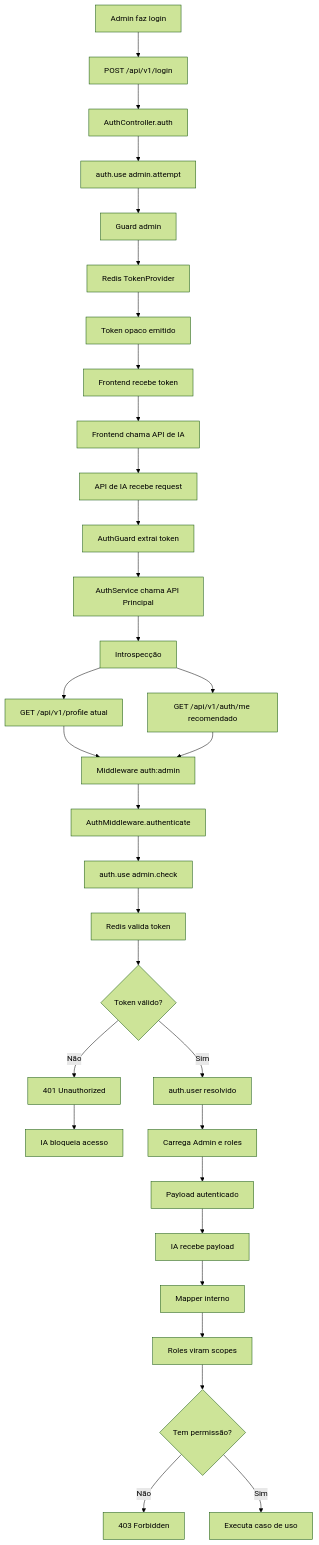
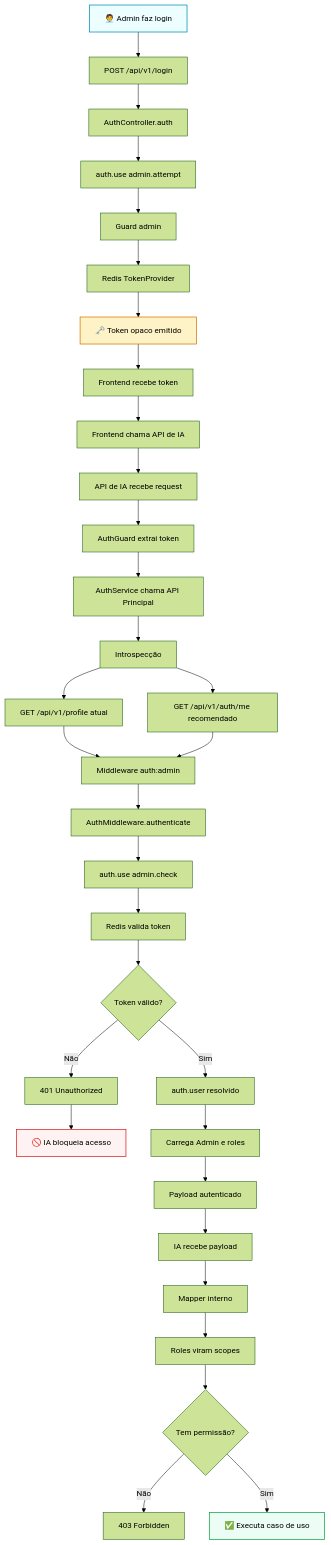
Before and after one commit to matheusdiamantino-betalent/IA: the fourth of 11 diagrams in RFC-0001-Auth.md, drawn with Mermaid (forest theme). The commit also changed other lines of this file, not shown here.

````diff
--- a/RFC-0001-Auth.md
+++ b/RFC-0001-Auth.md
@@ -313,40 +436,45 @@
 ```mermaid
 flowchart TD
-    A[Admin faz login] --> B[POST /api/v1/login]
+    A[🧑‍💼 Admin faz login] --> B[POST /api/v1/login]
     B --> C[AuthController.auth]
     C --> D[auth.use admin.attempt]
     D --> E[Guard admin]
     E --> F[Redis TokenProvider]
-    F --> G[Token opaco emitido]
+    F --> G[🗝️ Token opaco emitido]
     G --> H[Frontend recebe token]
 
     H --> I[Frontend chama API de IA]
     I --> J[API de IA recebe request]
     J --> K[AuthGuard extrai token]
     K --> L[AuthService chama API Principal]
 
     L --> M[Introspecção]
     M --> M1[GET /api/v1/profile atual]
     M --> M2[GET /api/v1/auth/me recomendado]
     M1 --> N[Middleware auth:admin]
     M2 --> N
     N --> O[AuthMiddleware.authenticate]
     O --> P[auth.use admin.check]
     P --> Q[Redis valida token]
 
     Q --> R{Token válido?}
     R -- Não --> S[401 Unauthorized]
-    S --> T[IA bloqueia acesso]
+    S --> T[🚫 IA bloqueia acesso]
 
     R -- Sim --> U[auth.user resolvido]
     U --> V[Carrega Admin e roles]
     V --> W[Payload autenticado]
 
     W --> X[IA recebe payload]
     X --> Y[Mapper interno]
     Y --> Z[Roles viram scopes]
 
     Z --> AA{Tem permissão?}
     AA -- Não --> AB[403 Forbidden]
-    AA -- Sim --> AC[Executa caso de uso]
+    AA -- Sim --> AC[✅ Executa caso de uso]
+
+    style A fill:#ecfeff,stroke:#0891b2,stroke-width:1.5px
+    style G fill:#fef3c7,stroke:#d97706,stroke-width:1.5px
+    style T fill:#fef2f2,stroke:#dc2626,stroke-width:1.5px
+    style AC fill:#ecfdf5,stroke:#16a34a,stroke-width:1.5px
 ```
````
